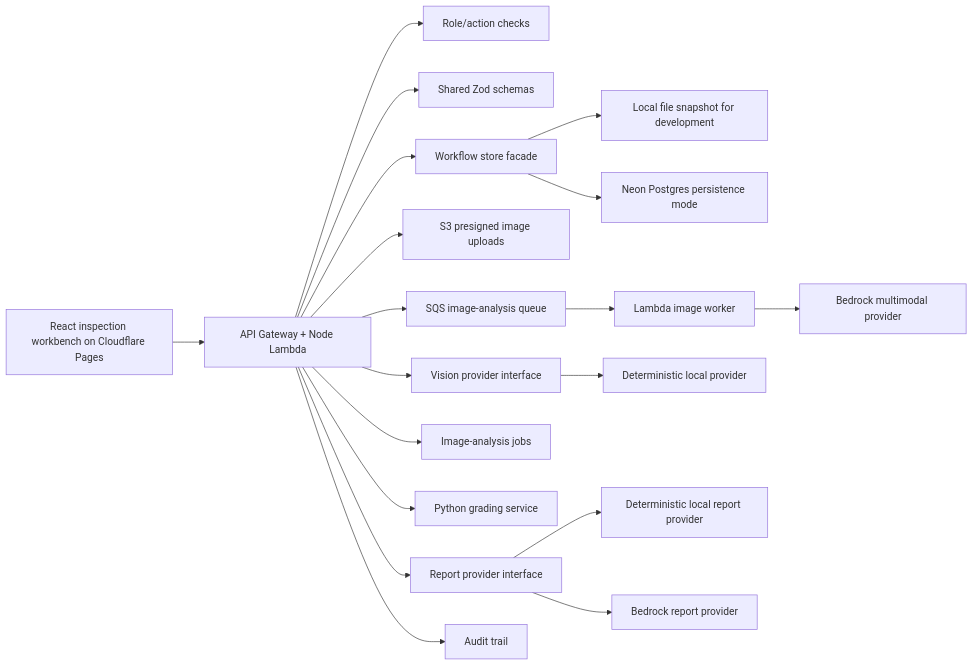
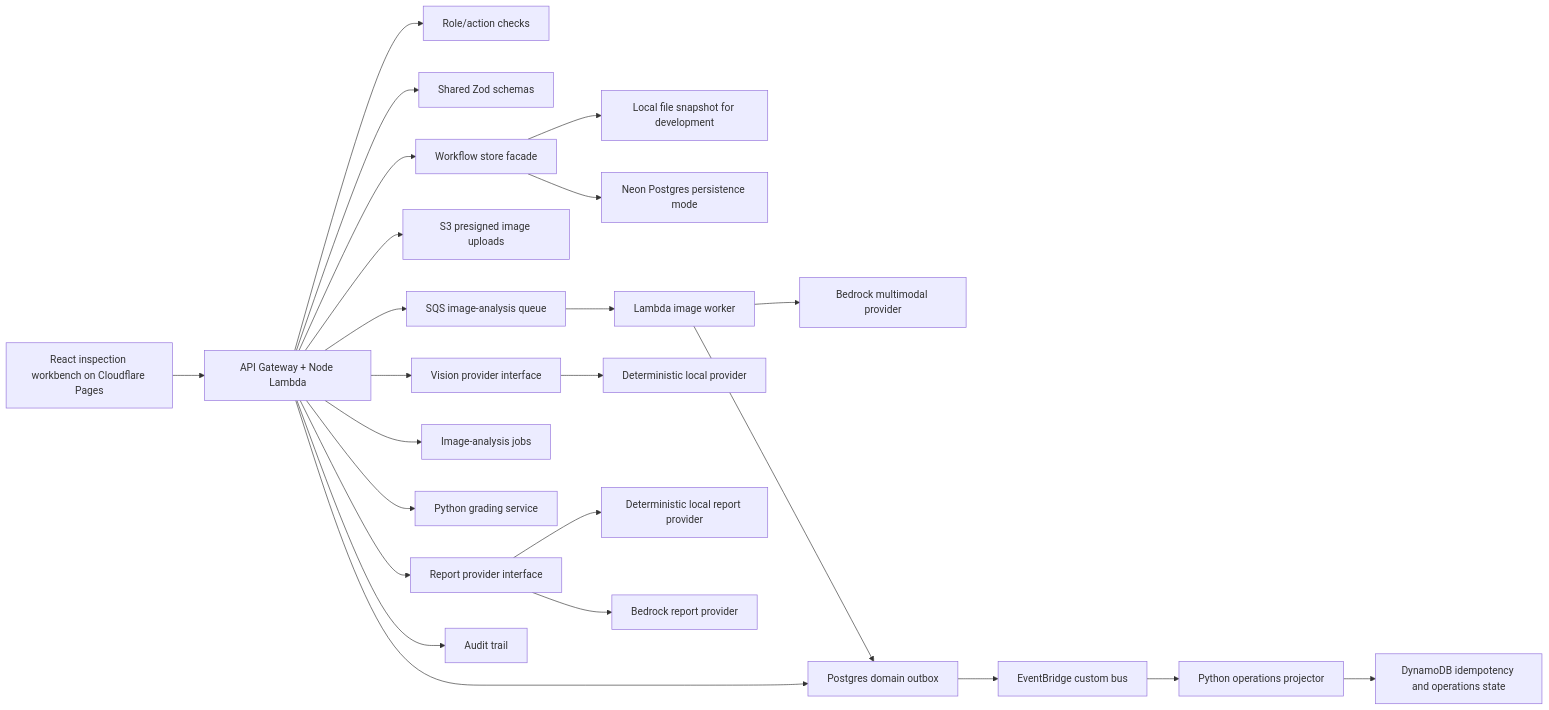
Before and after one commit to manynames3/inspectiq: the diagram in docs/architecture.md, drawn with Mermaid. The commit also changed other lines of this file and 162 other files, not shown here.

````diff
--- a/docs/architecture.md
+++ b/docs/architecture.md
@@ -9,21 +9,26 @@
 ```mermaid
 flowchart LR
   UI[React inspection workbench on Cloudflare Pages] --> API[API Gateway + Node Lambda]
   API --> RBAC[Role/action checks]
   API --> Schemas[Shared Zod schemas]
   API --> Store[Workflow store facade]
   Store --> FileStore[Local file snapshot for development]
   Store --> PG[Neon Postgres persistence mode]
   API --> S3[S3 presigned image uploads]
   API --> Queue[SQS image-analysis queue]
   Queue --> Worker[Lambda image worker]
   API --> Vision[Vision provider interface]
   Vision --> LocalVision[Deterministic local provider]
   Worker --> BedrockVision[Bedrock multimodal provider]
   API --> Jobs[Image-analysis jobs]
   API --> Python[Python grading service]
   API --> Report[Report provider interface]
   Report --> LocalReport[Deterministic local report provider]
   Report --> BedrockReport[Bedrock report provider]
   API --> Audit[Audit trail]
+  API --> Outbox[Postgres domain outbox]
+  Worker --> Outbox
+  Outbox --> Events[EventBridge custom bus]
+  Events --> Projector[Python operations projector]
+  Projector --> DDB[DynamoDB idempotency and operations state]
 ```
````
